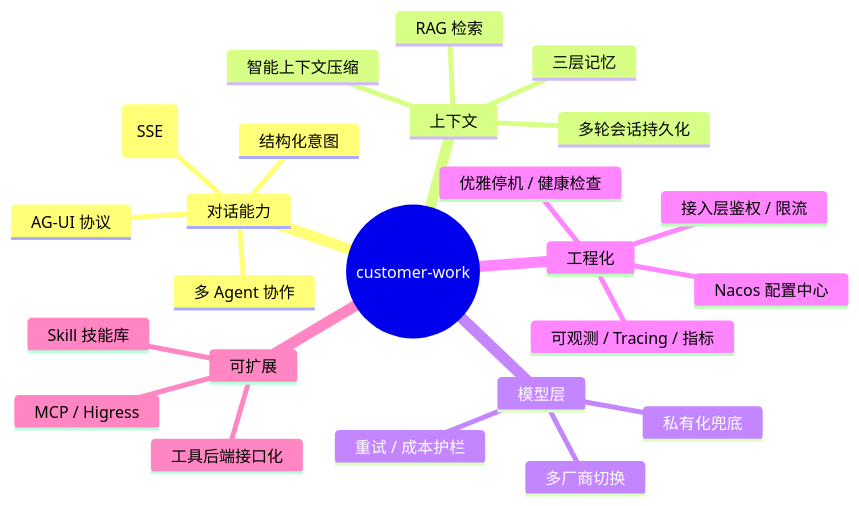
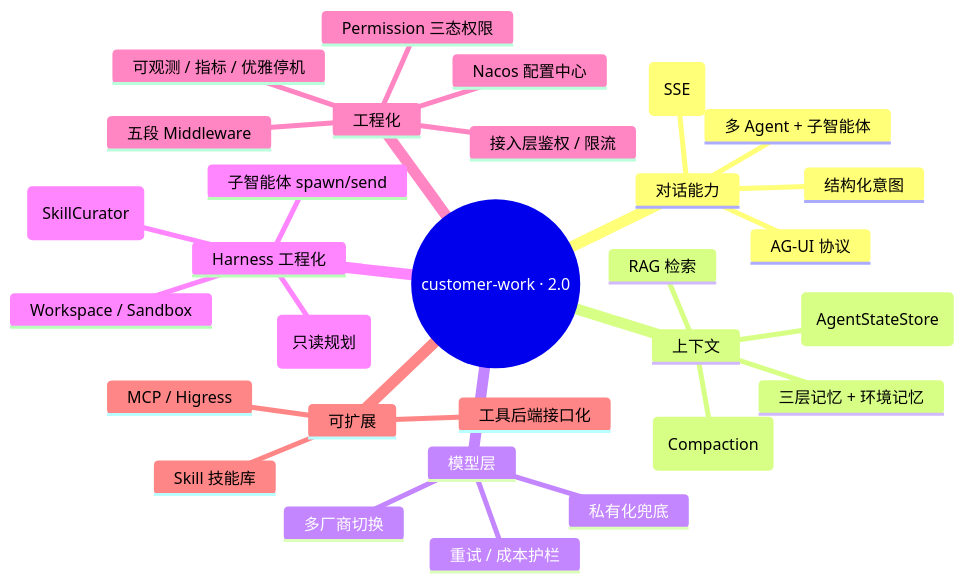
The first of 26 diagrams in docs/详细技术文档.md (liulangjietou/customer_work), drawn with Mermaid before and after one commit. The commit also changed other lines of this file, not shown here.

First line of the commit message:
docs: 详细技术文档整篇重写为 AgentScope 2.0 版

````diff
--- a/docs/详细技术文档.md
+++ b/docs/详细技术文档.md
@@ -51,27 +58,33 @@
 ```mermaid
 mindmap
-  root((customer-work))
+  root((customer-work · 2.0))
     对话能力
       同步 / 流式(SSE)
       结构化意图
-      多 Agent 协作
+      多 Agent + 子智能体
       AG-UI 协议
     上下文
-      多轮会话持久化
-      三层记忆
-      智能上下文压缩
+      无状态会话(AgentStateStore)
+      三层记忆 + 环境记忆
+      上下文压缩(Compaction)
       RAG 检索
     模型层
       多厂商切换
       私有化兜底
       重试 / 成本护栏
+    Harness 工程化
+      Plan Mode(只读规划)
+      Workspace / Sandbox
+      技能自进化(SkillCurator)
+      子智能体 spawn/send
     工程化
+      五段 Middleware
+      Permission 三态权限
       接入层鉴权 / 限流
-      可观测 / Tracing / 指标
-      优雅停机 / 健康检查
+      可观测 / 指标 / 优雅停机
       Nacos 配置中心
     可扩展
       工具后端接口化
       Skill 技能库
       MCP / Higress
 ```
````
